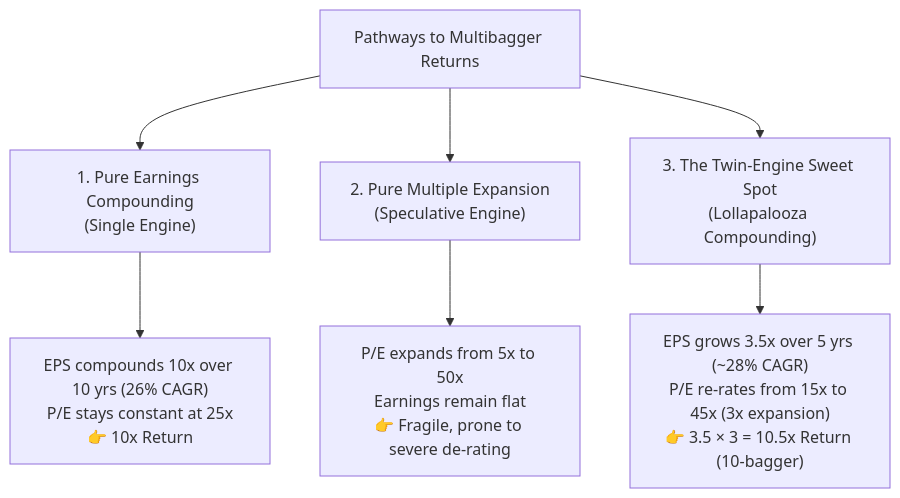
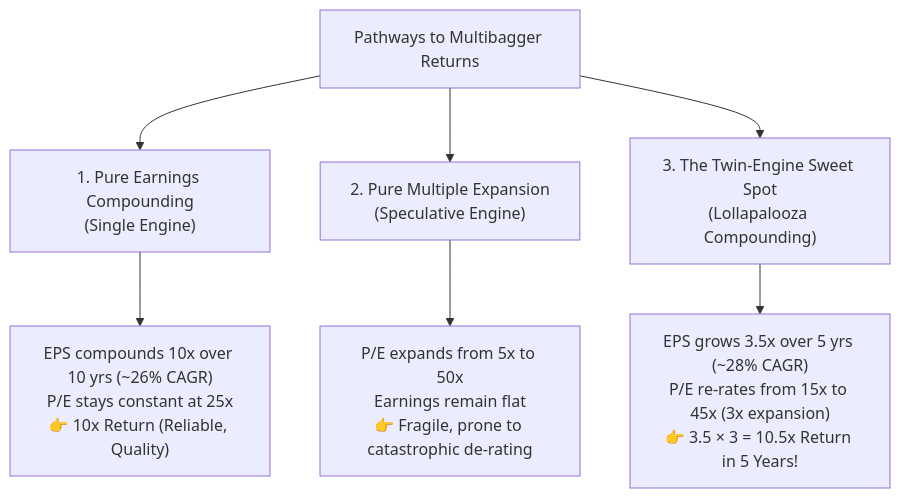
Before and after one commit to honba-labs/meta: the second of 11 diagrams in quantopian/basics/multibagger.md, drawn with Mermaid. The commit also changed other lines of this file and 1 other file, not shown here.

````diff
--- a/quantopian/basics/multibagger.md
+++ b/quantopian/basics/multibagger.md
@@ -24,10 +33,10 @@
 ```mermaid
 flowchart TD
     A["Pathways to Multibagger Returns"] --> B["1. Pure Earnings Compounding<br/>(Single Engine)"]
     A --> C["2. Pure Multiple Expansion<br/>(Speculative Engine)"]
     A --> D["3. The Twin-Engine Sweet Spot<br/>(Lollapalooza Compounding)"]
 
-    B --> B1["EPS compounds 10x over 10 yrs (26% CAGR)<br/>P/E stays constant at 25x<br/>👉 10x Return"]
-    C --> C1["P/E expands from 5x to 50x<br/>Earnings remain flat<br/>👉 Fragile, prone to severe de-rating"]
-    D --> D1["EPS grows 3.5x over 5 yrs (~28% CAGR)<br/>P/E re-rates from 15x to 45x (3x expansion)<br/>👉 3.5 × 3 = 10.5x Return (10-bagger)"]
+    B --> B1["EPS compounds 10x over 10 yrs (~26% CAGR)<br/>P/E stays constant at 25x<br/>👉 10x Return (Reliable, Quality)"]
+    C --> C1["P/E expands from 5x to 50x<br/>Earnings remain flat<br/>👉 Fragile, prone to catastrophic de-rating"]
+    D --> D1["EPS grows 3.5x over 5 yrs (~28% CAGR)<br/>P/E re-rates from 15x to 45x (3x expansion)<br/>👉 3.5 × 3 = 10.5x Return in 5 Years!"]
 ```
````
